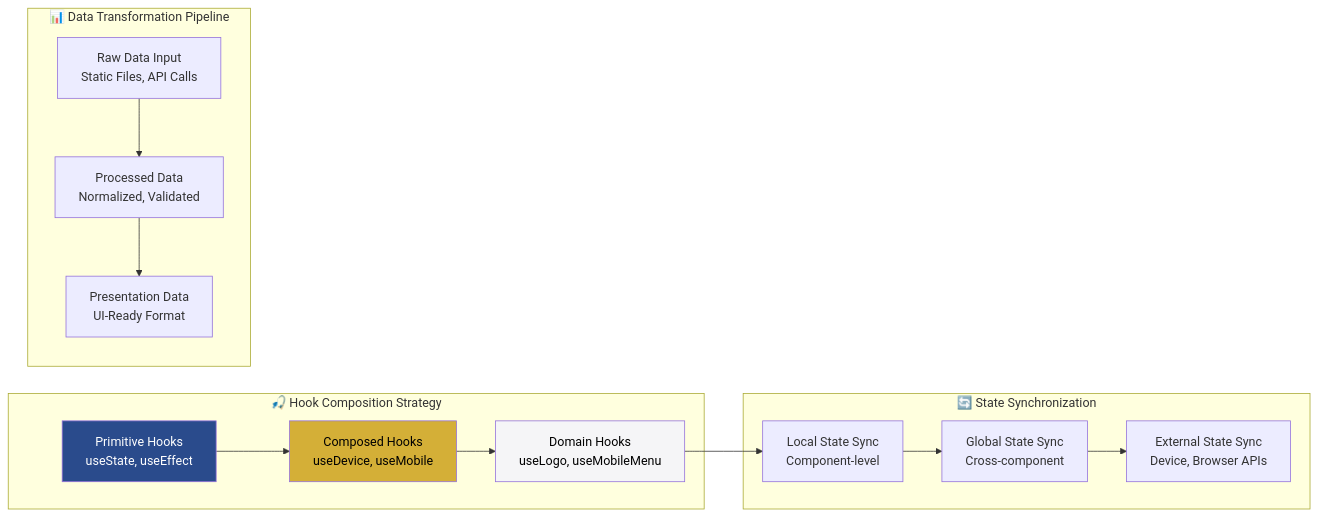
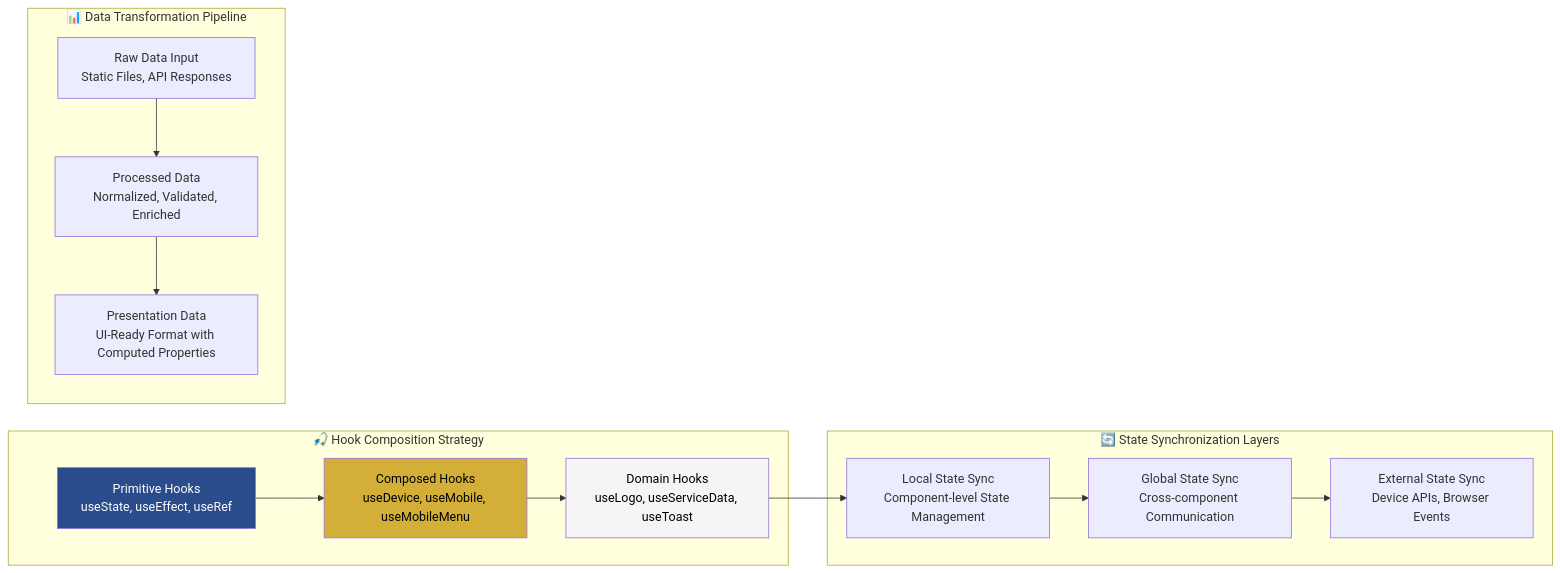
One commit to walkerWesker/cuenca-asociados-portal changed the fourth of 6 diagrams in README.md. Above: the diagram before and after it, drawn with Mermaid. The commit also changed other lines of this file, not shown here.

````diff
--- a/README.md
+++ b/README.md
@@ -316,34 +417,38 @@
 ```mermaid
 graph LR
     subgraph "🎣 Hook Composition Strategy"
-        PrimitiveHooks[Primitive Hooks<br/>useState, useEffect]
-        ComposedHooks[Composed Hooks<br/>useDevice, useMobile]
-        DomainHooks[Domain Hooks<br/>useLogo, useMobileMenu]
+        PH[Primitive Hooks<br/>useState, useEffect, useRef]
+        CH[Composed Hooks<br/>useDevice, useMobile, useMobileMenu]
+        DH[Domain Hooks<br/>useLogo, useServiceData, useToast]
     end
     
     subgraph "📊 Data Transformation Pipeline"
-        RawData[Raw Data Input<br/>Static Files, API Calls]
-        ProcessedData[Processed Data<br/>Normalized, Validated]
-        PresentationData[Presentation Data<br/>UI-Ready Format]
+        RD[Raw Data Input<br/>Static Files, API Responses]
+        PD[Processed Data<br/>Normalized, Validated, Enriched]
+        PRD[Presentation Data<br/>UI-Ready Format with Computed Properties]
     end
     
-    subgraph "🔄 State Synchronization"
-        LocalSync[Local State Sync<br/>Component-level]
-        GlobalSync[Global State Sync<br/>Cross-component]
-        ExternalSync[External State Sync<br/>Device, Browser APIs]
+    subgraph "🔄 State Synchronization Layers"
+        LS[Local State Sync<br/>Component-level State Management]
+        GS[Global State Sync<br/>Cross-component Communication]
+        ES[External State Sync<br/>Device APIs, Browser Events]
     end
     
-    PrimitiveHooks --> ComposedHooks
-    ComposedHooks --> DomainHooks
+    PH --> CH
+    CH --> DH
     
-    RawData --> ProcessedData
-    ProcessedData --> PresentationData
+    RD --> PD
+    PD --> PRD
     
-    DomainHooks --> LocalSync
-    LocalSync --> GlobalSync
-    GlobalSync --> ExternalSync
+    DH --> LS
+    LS --> GS
+    GS --> ES
     
-    style PrimitiveHooks fill:#2A4B8C,color:#fff
-    style ComposedHooks fill:#D4AF37,color:#000
-    style DomainHooks fill:#F5F5F7,color:#000
+    classDef primitive fill:#2A4B8C,color:#fff
+    classDef composed fill:#D4AF37,color:#000
+    classDef domain fill:#F5F5F7,color:#000
+    
+    class PH primitive
+    class CH composed
+    class DH domain
 ```
````
